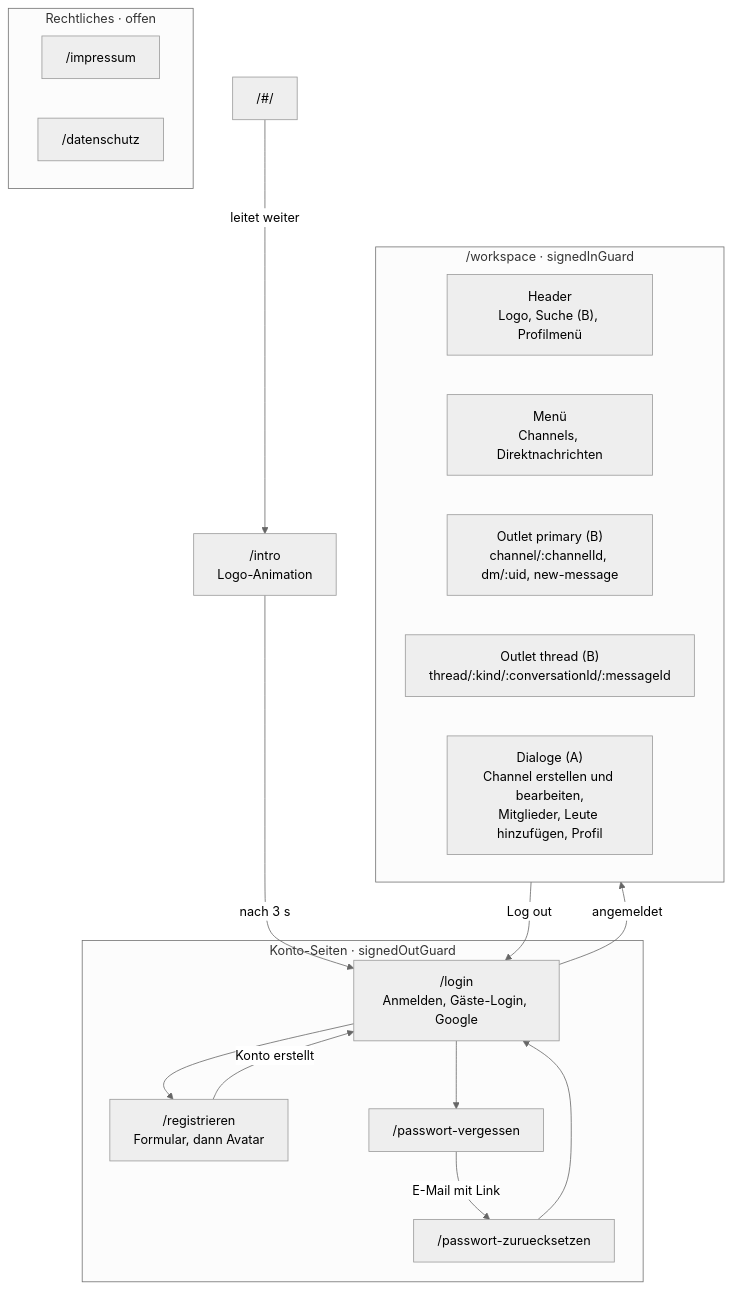
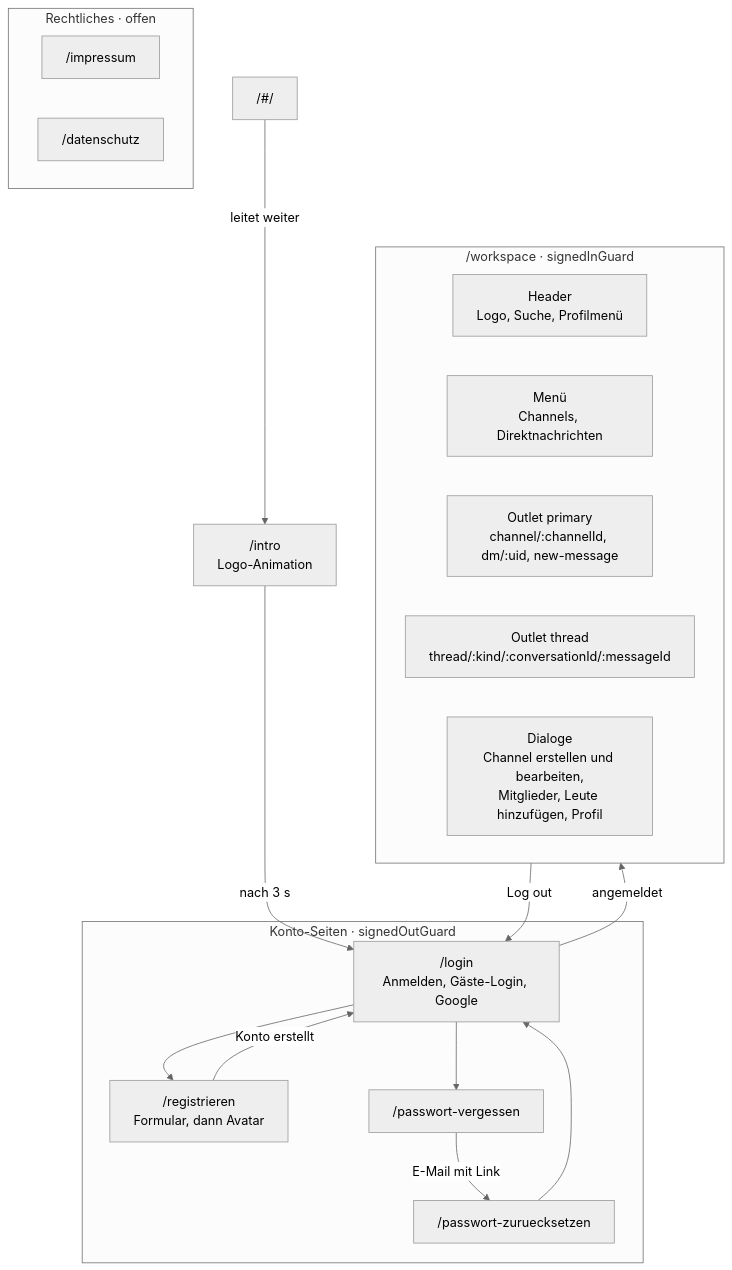
Before and after one commit to ttoebbe/dabubble: the second of 7 diagrams in README.md, drawn with Mermaid (neutral theme). The commit also changed other lines of this file, not shown here.

````diff
--- a/README.md
+++ b/README.md
@@ -143,33 +126,33 @@
 ```mermaid
 flowchart TD
   start["/#/"] -->|"leitet weiter"| intro["/intro<br/>Logo-Animation"]
   intro -->|"nach 3 s"| login
 
   subgraph authLayout["Konto-Seiten · signedOutGuard"]
     login["/login<br/>Anmelden, Gäste-Login, Google"]
     signUp["/registrieren<br/>Formular, dann Avatar"]
     forgot["/passwort-vergessen"]
     reset["/passwort-zuruecksetzen"]
   end
 
   subgraph legalLayout["Rechtliches · offen"]
     imprint["/impressum"]
     privacy["/datenschutz"]
   end
 
   subgraph workspaceFrame["/workspace · signedInGuard"]
-    header["Header<br/>Logo, Suche (B), Profilmenü"]
+    header["Header<br/>Logo, Suche, Profilmenü"]
     menu["Menü<br/>Channels, Direktnachrichten"]
-    primaryOutlet["Outlet primary (B)<br/>channel/:channelId, dm/:uid, new-message"]
-    threadOutlet["Outlet thread (B)<br/>thread/:kind/:conversationId/:messageId"]
-    dialogs["Dialoge (A)<br/>Channel erstellen und bearbeiten,<br/>Mitglieder, Leute hinzufügen, Profil"]
+    primaryOutlet["Outlet primary<br/>channel/:channelId, dm/:uid, new-message"]
+    threadOutlet["Outlet thread<br/>thread/:kind/:conversationId/:messageId"]
+    dialogs["Dialoge<br/>Channel erstellen und bearbeiten,<br/>Mitglieder, Leute hinzufügen, Profil"]
   end
 
   login --> signUp
   login --> forgot
   signUp -->|"Konto erstellt"| login
   forgot -->|"E-Mail mit Link"| reset
   reset --> login
   login -->|"angemeldet"| workspaceFrame
   workspaceFrame -->|"Log out"| login
 ```
````
